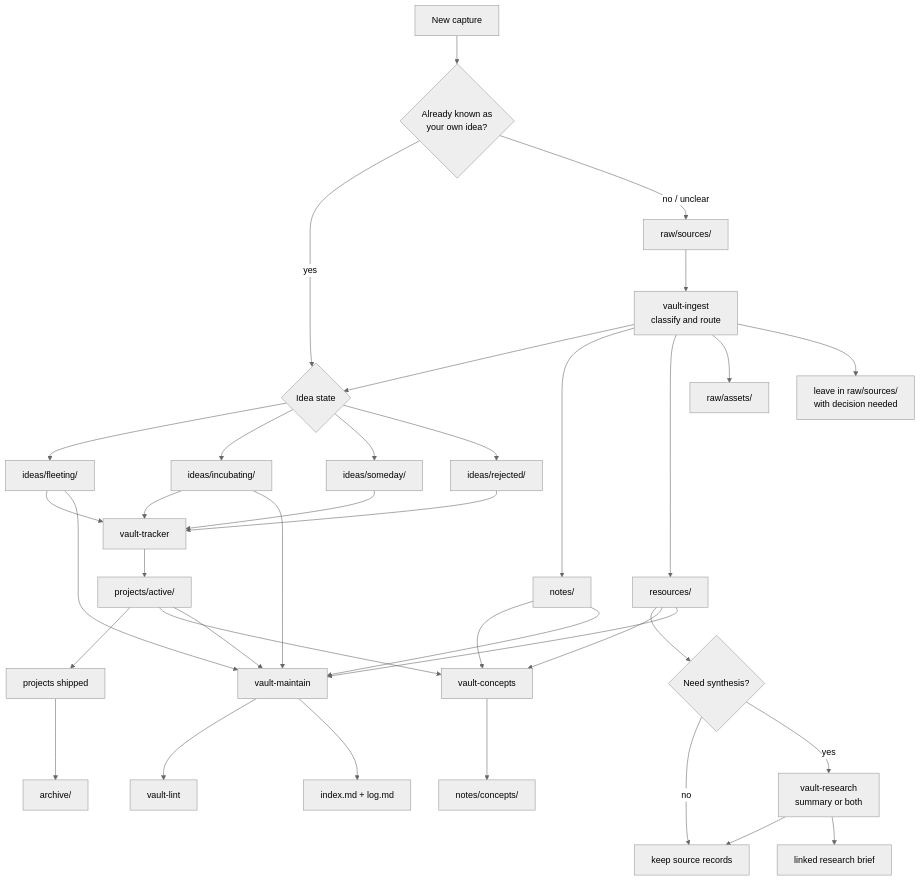
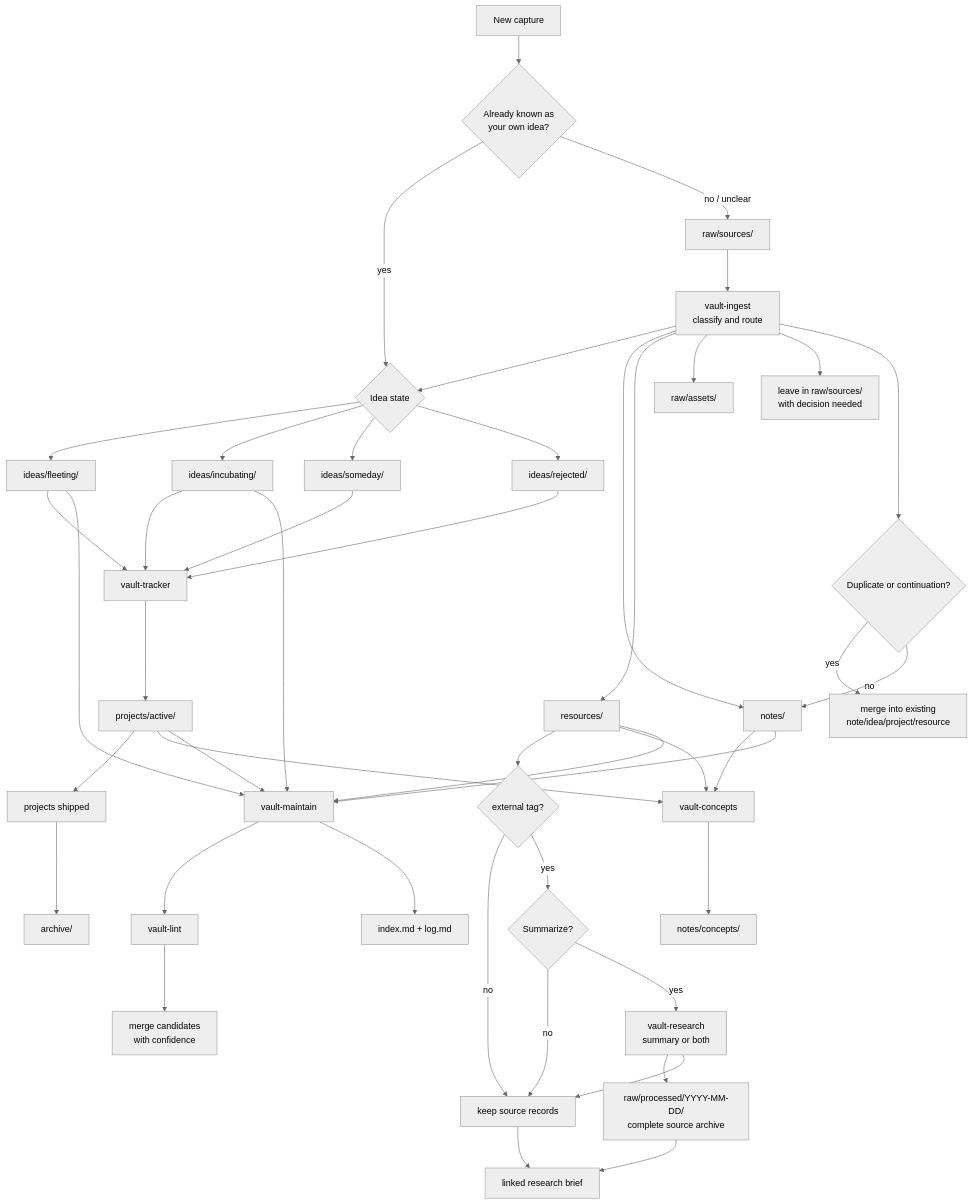
The diagram in vault/README.md (markphelps/agent-plugins), drawn with Mermaid (neutral theme) before and after one commit. The commit also changed other lines of this file and 13 other files, not shown here.

````diff
--- a/vault/README.md
+++ b/vault/README.md
@@ -26,46 +27,54 @@
 ```mermaid
 flowchart TD
   Capture[New capture] --> KnownIdea{Already known as<br/>your own idea?}
 
   KnownIdea -->|yes| IdeaState{Idea state}
   IdeaState --> Fleeting[ideas/fleeting/]
   IdeaState --> Incubating[ideas/incubating/]
   IdeaState --> Someday[ideas/someday/]
   IdeaState --> Rejected[ideas/rejected/]
 
   KnownIdea -->|no / unclear| Raw[raw/sources/]
   Raw --> Ingest[vault-ingest<br/>classify and route]
 
   Ingest --> IdeaState
   Ingest --> Notes[notes/]
   Ingest --> Resources[resources/]
   Ingest --> Assets[raw/assets/]
   Ingest --> Ambiguous[leave in raw/sources/<br/>with decision needed]
+  Ingest --> Merge{Duplicate or continuation?}
+  Merge -->|yes| Existing[merge into existing<br/>note/idea/project/resource]
+  Merge -->|no| Notes
 
-  Resources --> Research{Need synthesis?}
-  Research -->|no| SourceRecords[keep source records]
+  Resources --> ExternalTag{external tag?}
+  ExternalTag -->|no| SourceRecords[keep source records]
+  ExternalTag -->|yes| Research{Summarize?}
+  Research -->|no| SourceRecords
   Research -->|yes| ResearchSkill[vault-research<br/>summary or both]
+  ResearchSkill --> Processed[raw/processed/YYYY-MM-DD/<br/>complete source archive]
   ResearchSkill --> SourceRecords
-  ResearchSkill --> Brief[linked research brief]
+  Processed --> Brief[linked research brief]
+  SourceRecords --> Brief
 
   Incubating --> Tracker[vault-tracker]
   Fleeting --> Tracker
   Someday --> Tracker
   Rejected --> Tracker
   Tracker --> Active[projects/active/]
   Active --> Shipped[projects shipped]
   Shipped --> Archive[archive/]
 
   Notes --> Concepts[vault-concepts]
   Resources --> Concepts
   Active --> Concepts
   Concepts --> ConceptPages[notes/concepts/]
 
   Notes --> Maintain[vault-maintain]
   Resources --> Maintain
   Active --> Maintain
   Fleeting --> Maintain
   Incubating --> Maintain
   Maintain --> Lint[vault-lint]
+  Lint --> MergePlan[merge candidates<br/>with confidence]
   Maintain --> IndexLog[index.md + log.md]
 ```
````
